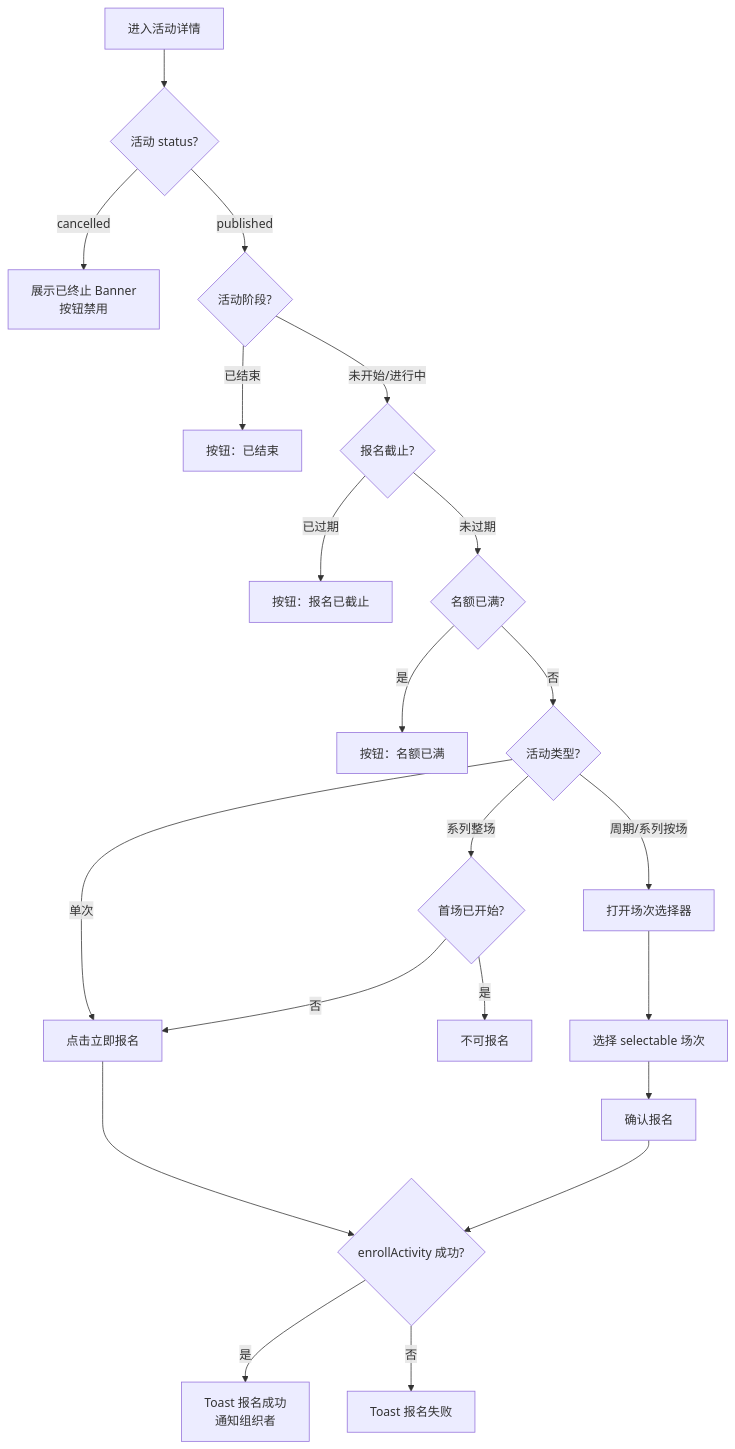
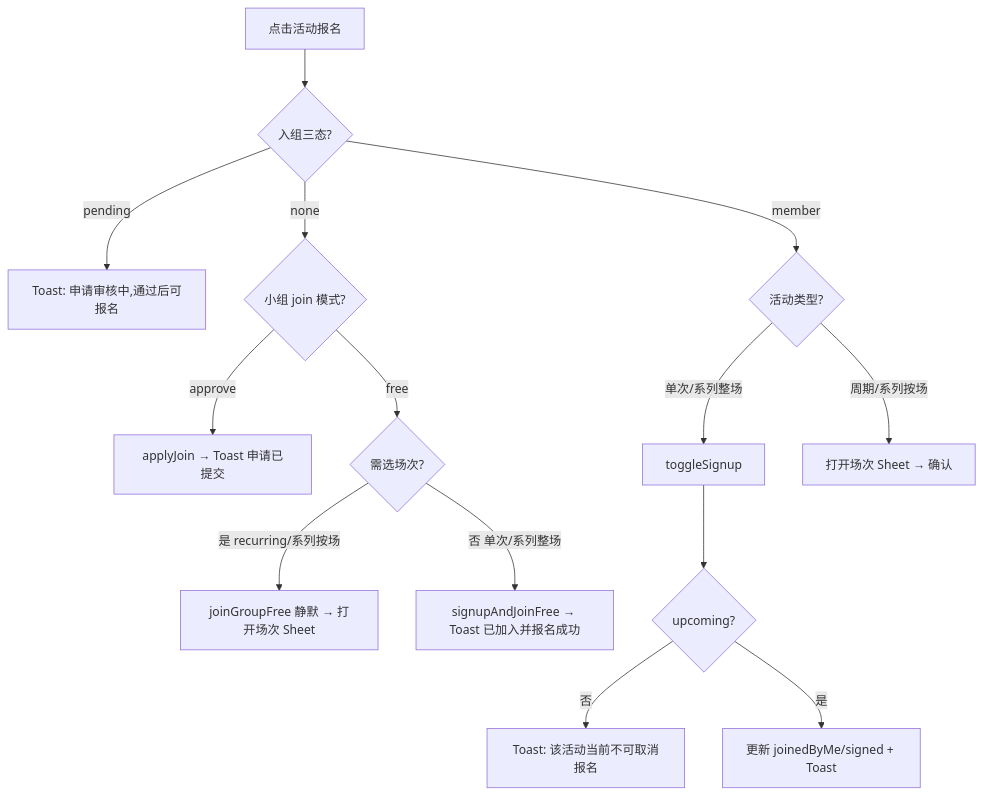
One commit to moyi5603/Interest-Group_2 changed the first of 4 diagrams in docs/PRD-兴趣小组-代码逆向.md. Above: the diagram before and after it, drawn with Mermaid. The commit also changed other lines of this file and 18 other files, not shown here.

````diff
--- a/docs/PRD-兴趣小组-代码逆向.md
+++ b/docs/PRD-兴趣小组-代码逆向.md
@@ -689,23 +533,16 @@
 ```mermaid
 flowchart TD
-    A[进入活动详情] --> B{活动 status?}
-    B -->|cancelled| C[展示已终止 Banner<br/>按钮禁用]
-    B -->|published| D{活动阶段?}
-    D -->|已结束| E[按钮：已结束]
-    D -->|未开始/进行中| F{报名截止?}
-    F -->|已过期| G[按钮：报名已截止]
-    F -->|未过期| H{名额已满?}
-    H -->|是| I[按钮：名额已满]
-    H -->|否| J{活动类型?}
-    J -->|单次| K[点击立即报名]
-    J -->|周期/系列按场| L[打开场次选择器]
-    J -->|系列整场| M{首场已开始?}
-    M -->|是| N[不可报名]
-    M -->|否| K
-    L --> O[选择 selectable 场次]
-    O --> P[确认报名]
-    K --> Q{enrollActivity 成功?}
-    P --> Q
-    Q -->|是| R[Toast 报名成功<br/>通知组织者]
-    Q -->|否| S[Toast 报名失败]
+    A[点击活动报名] --> B{入组三态?}
+    B -->|pending| C[Toast: 申请审核中,通过后可报名]
+    B -->|member| D{活动类型?}
+    B -->|none| E{小组 join 模式?}
+    E -->|approve| F[applyJoin → Toast 申请已提交]
+    E -->|free| G{需选场次?}
+    G -->|是 recurring/系列按场| H[joinGroupFree 静默 → 打开场次 Sheet]
+    G -->|否 单次/系列整场| I[signupAndJoinFree → Toast 已加入并报名成功]
+    D -->|单次/系列整场| J[toggleSignup]
+    D -->|周期/系列按场| K[打开场次 Sheet → 确认]
+    J --> L{upcoming?}
+    L -->|否| M[Toast: 该活动当前不可取消报名]
+    L -->|是| N[更新 joinedByMe/signed + Toast]
 ```
````
